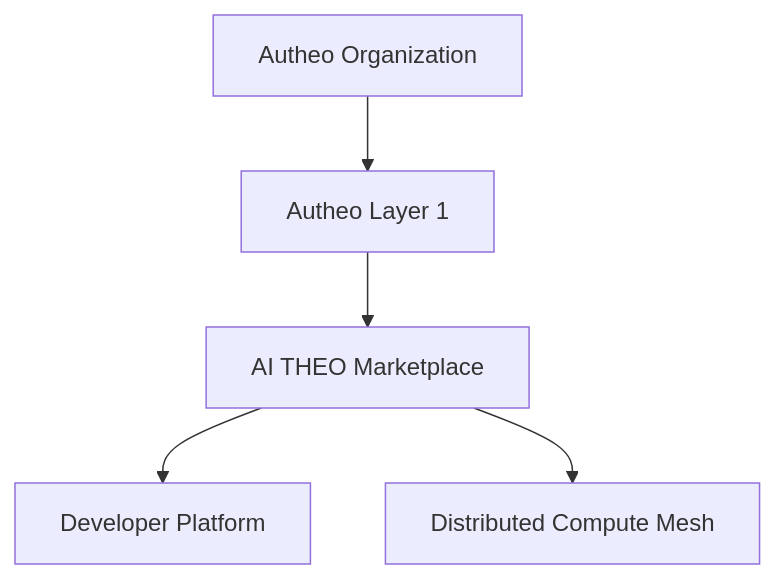
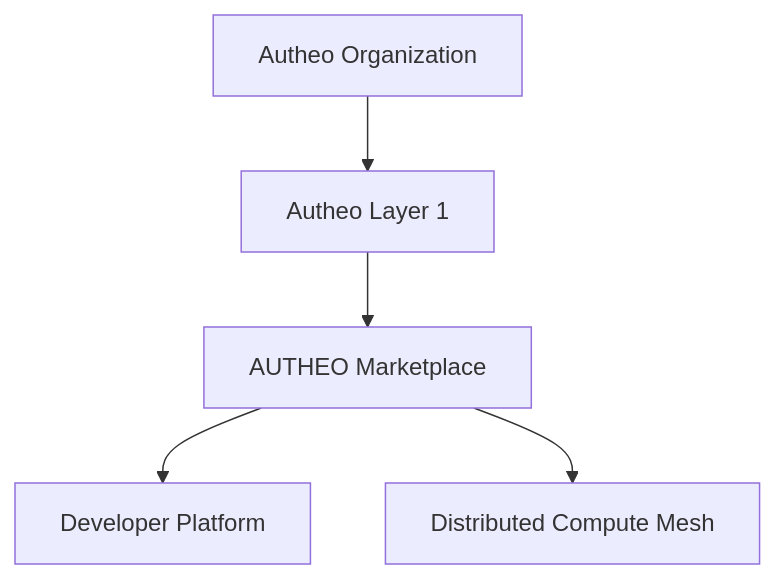
The first of 5 diagrams in docs/platform/Overview.md (Lpierzina/autheoplanning), drawn with Mermaid before and after one commit. The commit also changed other lines of this file, not shown here.

Commit message:
Rename AI THEO to AUTHEO in Overview.md

````diff
--- a/docs/platform/Overview.md
+++ b/docs/platform/Overview.md
@@ -105,21 +105,21 @@
 ```mermaid
 flowchart TB
 
 A[Autheo Organization]
 
 B[Autheo Layer 1]
 
-C[AI THEO Marketplace]
+C[AUTHEO Marketplace]
 
 D[Developer Platform]
 
 E[Distributed Compute Mesh]
 
 A --> B
 
 B --> C
 
 C --> D
 
 C --> E
 ```
````
